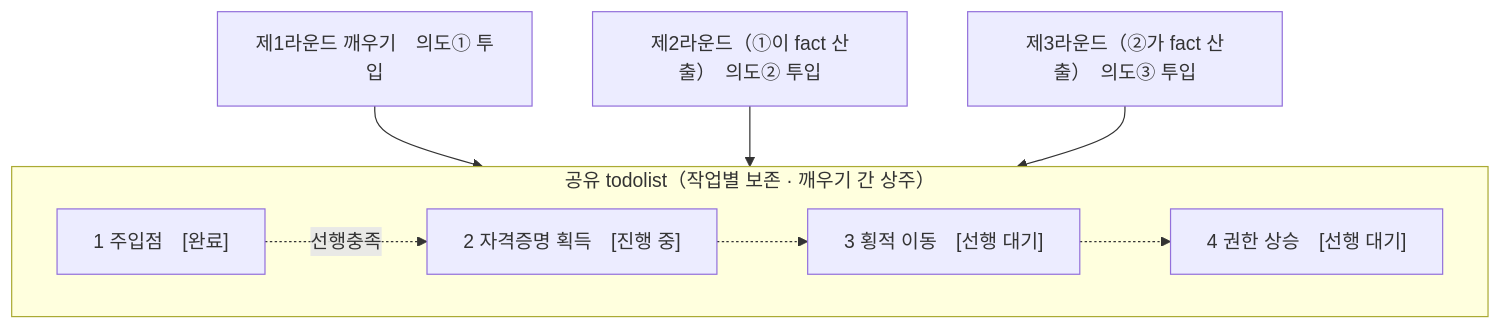
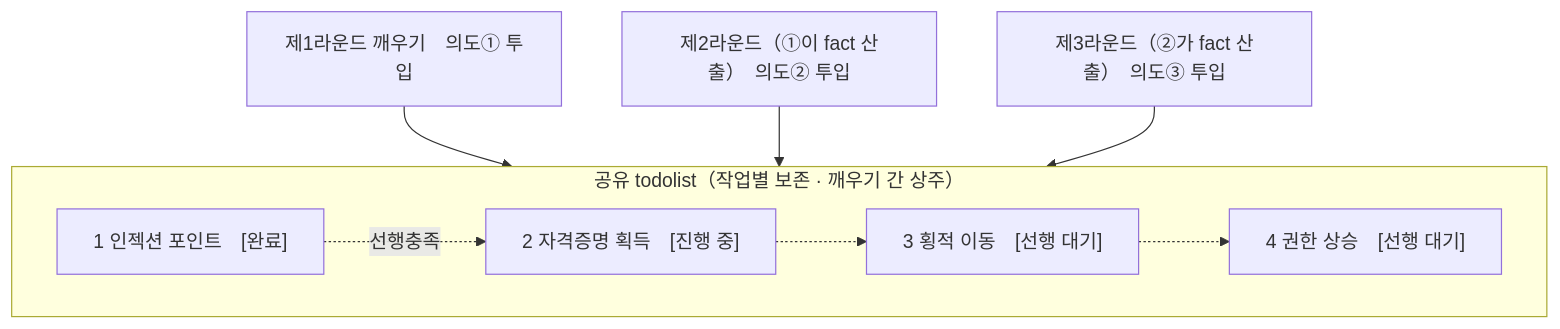
One commit to Doyoun510/ARTEX_ko changed the fifth of 5 diagrams in README.ko.md. Above: the diagram before and after it, drawn with Mermaid. The commit also changed other lines of this file and 1 other file, not shown here.

````diff
--- a/README.ko.md
+++ b/README.ko.md
@@ -440,14 +440,14 @@
 ```mermaid
 flowchart TB
   subgraph TODO["공유 todolist（작업별 보존 · 깨우기 간 상주）"]
     direction LR
-    T1["1 주입점　[완료]"]
+    T1["1 인젝션 포인트　[완료]"]
     T2["2 자격증명 획득　[진행 중]"]
     T3["3 횡적 이동　[선행 대기]"]
     T4["4 권한 상승　[선행 대기]"]
     T1 -.선행충족.-> T2 -.-> T3 -.-> T4
   end
   R1["제1라운드 깨우기　의도① 투입"] --> T1
   R2["제2라운드（①이 fact 산출）　의도② 투입"] --> T2
   R3["제3라운드（②가 fact 산출）　의도③ 투입"] --> T3
 ```
````
